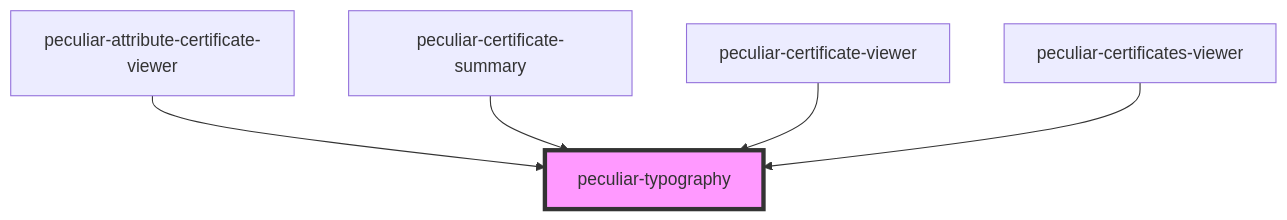
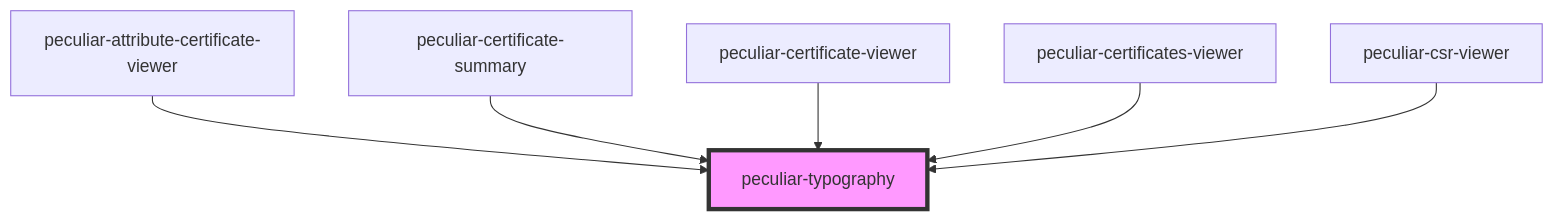
Before and after one commit to PeculiarVentures/pv-certificates-viewer: the diagram in packages/webcomponents/src/components/typography/readme.md, drawn with Mermaid. The commit also changed other lines of this file and 6 other files, not shown here.

Commit message:
feat(webcomponents): add CSR viewer to certificate decode component

````diff
--- a/packages/webcomponents/src/components/typography/readme.md
+++ b/packages/webcomponents/src/components/typography/readme.md
@@ -29,8 +30,9 @@
 ```mermaid
 graph TD;
   peculiar-attribute-certificate-viewer --> peculiar-typography
   peculiar-certificate-summary --> peculiar-typography
   peculiar-certificate-viewer --> peculiar-typography
   peculiar-certificates-viewer --> peculiar-typography
+  peculiar-csr-viewer --> peculiar-typography
   style peculiar-typography fill:#f9f,stroke:#333,stroke-width:4px
 ```
````
